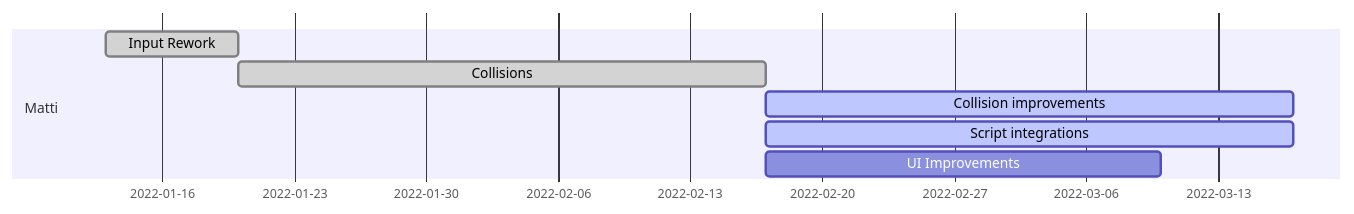
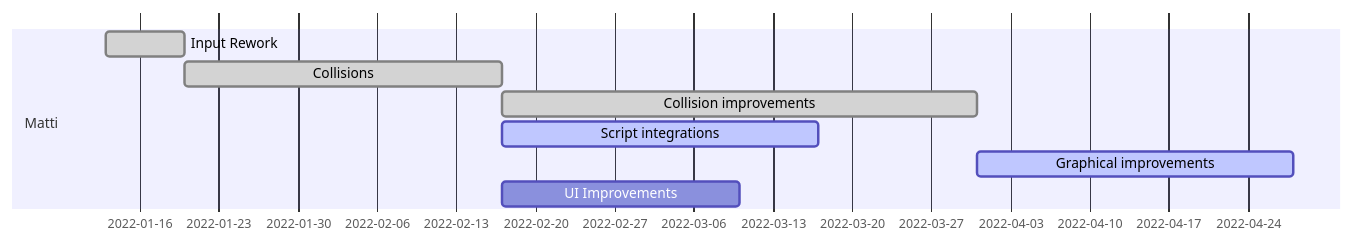
Before and after one commit to IlkkaTakala/Eril-Engine: the third of 3 diagrams in docs/ProjectPlan.md, drawn with Mermaid. The commit also changed other lines of this file, not shown here.

````diff
--- a/docs/ProjectPlan.md
+++ b/docs/ProjectPlan.md
@@ -84,11 +86,12 @@
 ```mermaid
 gantt
 dateFormat  DD-MM
 
 section Matti
 Input Rework           :done,       mdes3, 13-01, 1w
 Collisions             :done,       mdes1, after mdes3, 4w
-Collision improvements :active,     mdes5, after mdes1, 4w
+Collision improvements :done,       mdes5, after mdes1, 31-03
 Script integrations    :active,     mdes4, after mdes1, 4w
+Graphical improvements :active,     mdes6, after mdes5, 4w
 UI Improvements        :            mdes2, after mdes1, 3w
 ```
````
